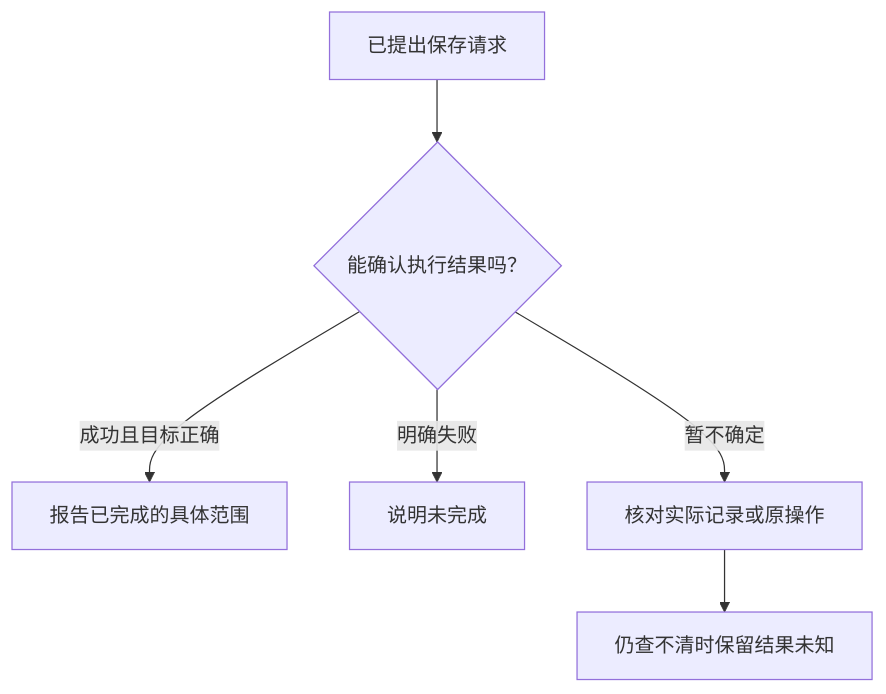
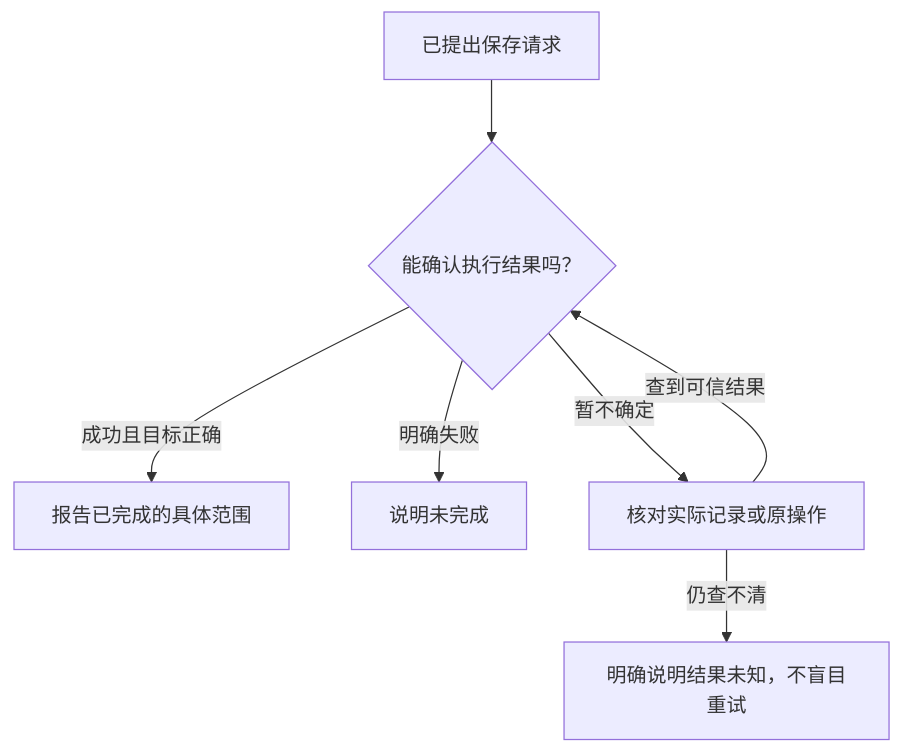
The diagram in docs/learn/05-how-to-know-it-worked.md (offercontext/offerPilot), drawn with Mermaid before and after one commit. The commit also changed other lines of this file and 16 other files, not shown here.

Commit message:
docs: 校对全部章节并修正图文说明

````diff
--- a/docs/learn/05-how-to-know-it-worked.md
+++ b/docs/learn/05-how-to-know-it-worked.md
@@ -76,8 +76,9 @@
 ```mermaid
 flowchart TD
     requested["已提出保存请求"] --> known{"能确认执行结果吗？"}
     known -->|"成功且目标正确"| success["报告已完成的具体范围"]
     known -->|"明确失败"| failed["说明未完成"]
     known -->|"暂不确定"| check["核对实际记录或原操作"]
-    check --> unknown["仍查不清时保留结果未知"]
+    check -->|"查到可信结果"| known
+    check -->|"仍查不清"| unknown["明确说明结果未知，不盲目重试"]
 ```
````
